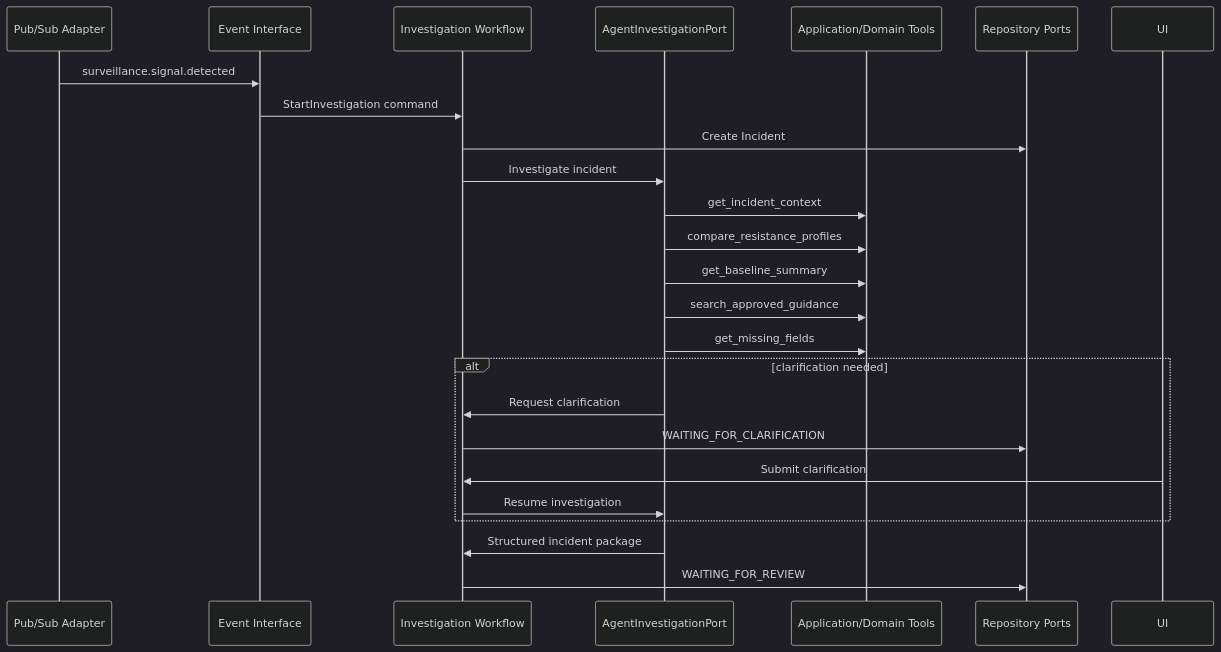
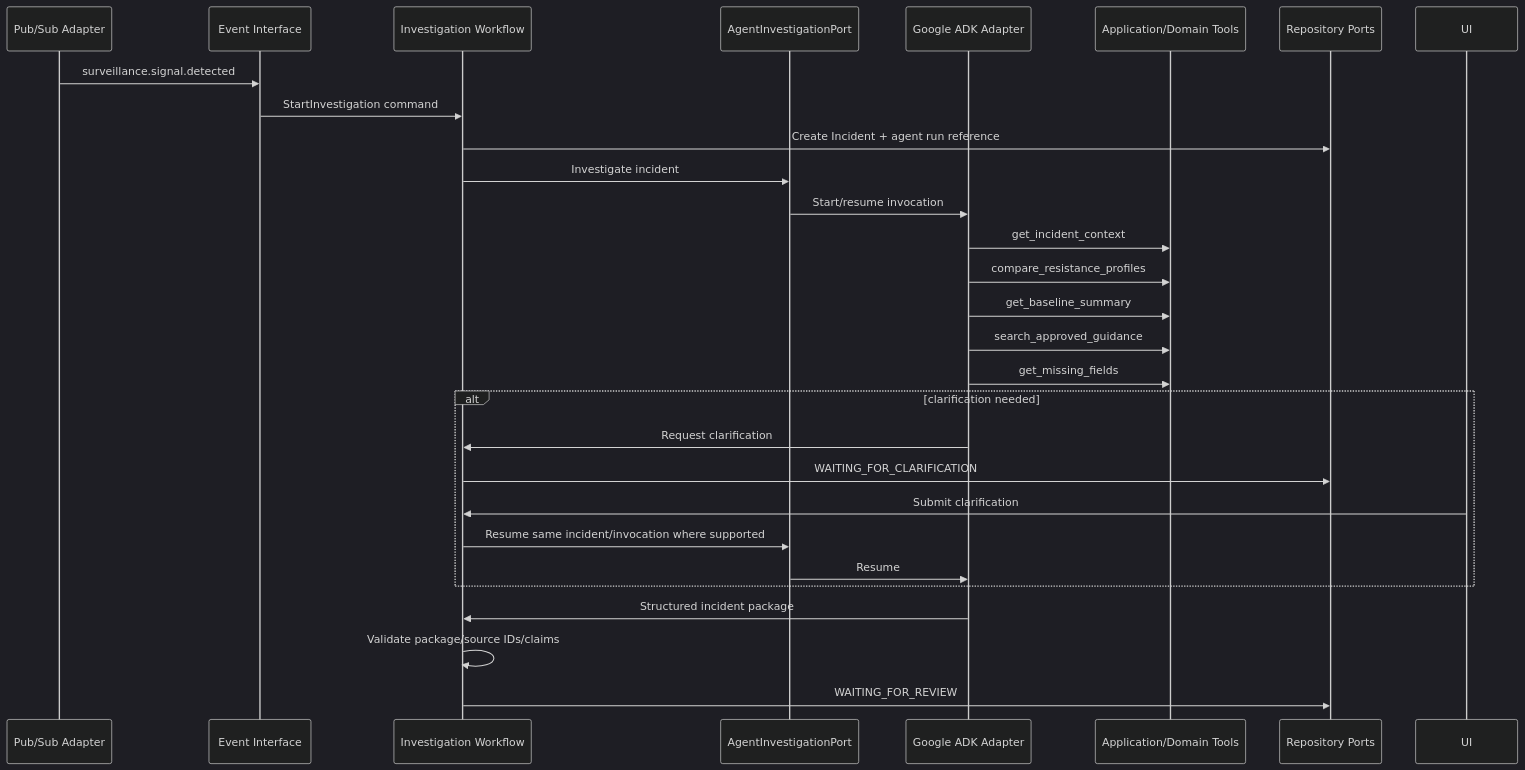
The sixth of 10 diagrams in docs/SYSTEM_DESIGN.md (ronnielutaro/Ngabo-AMR-Surveillance), drawn with Mermaid (dark theme) before and after one commit. The commit also changed other lines of this file, not shown here.

````diff
--- a/docs/SYSTEM_DESIGN.md
+++ b/docs/SYSTEM_DESIGN.md
@@ -270,30 +328,34 @@
 ```mermaid
 sequenceDiagram
     participant Bus as Pub/Sub Adapter
     participant Handler as Event Interface
     participant App as Investigation Workflow
     participant Agent as AgentInvestigationPort
+    participant ADK as Google ADK Adapter
     participant Tools as Application/Domain Tools
     participant Repo as Repository Ports
     participant UI
 
     Bus->>Handler: surveillance.signal.detected
     Handler->>App: StartInvestigation command
-    App->>Repo: Create Incident
+    App->>Repo: Create Incident + agent run reference
     App->>Agent: Investigate incident
-    Agent->>Tools: get_incident_context
-    Agent->>Tools: compare_resistance_profiles
-    Agent->>Tools: get_baseline_summary
-    Agent->>Tools: search_approved_guidance
-    Agent->>Tools: get_missing_fields
+    Agent->>ADK: Start/resume invocation
+    ADK->>Tools: get_incident_context
+    ADK->>Tools: compare_resistance_profiles
+    ADK->>Tools: get_baseline_summary
+    ADK->>Tools: search_approved_guidance
+    ADK->>Tools: get_missing_fields
 
     alt clarification needed
-        Agent->>App: Request clarification
+        ADK->>App: Request clarification
         App->>Repo: WAITING_FOR_CLARIFICATION
         UI->>App: Submit clarification
-        App->>Agent: Resume investigation
+        App->>Agent: Resume same incident/invocation where supported
+        Agent->>ADK: Resume
     end
 
-    Agent->>App: Structured incident package
+    ADK->>App: Structured incident package
+    App->>App: Validate package/source IDs/claims
     App->>Repo: WAITING_FOR_REVIEW
 ```
````
